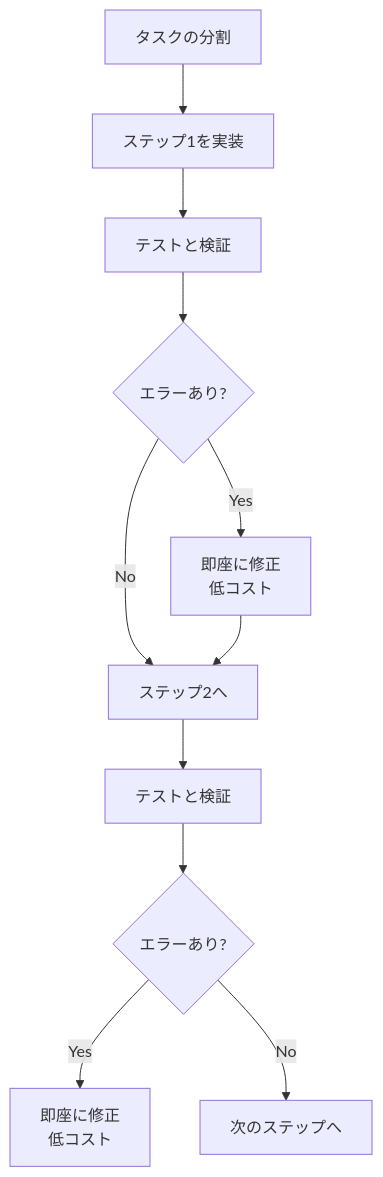
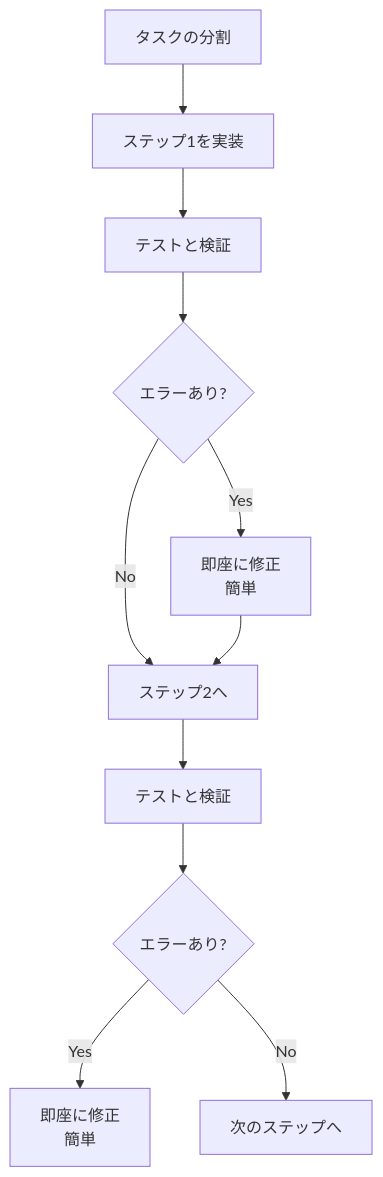
The first of 4 diagrams in book/pages/タスク分割の技術.md (cyber-freaks-jp/AI_Driven_Development_Course), drawn with Mermaid before and after one commit. The commit also changed other lines of this file, not shown here.

````diff
--- a/book/pages/タスク分割の技術.md
+++ b/book/pages/タスク分割の技術.md
@@ -102,13 +81,13 @@
 ```mermaid
 graph TD
     A[タスクの分割] --> B[ステップ1を実装]
     B --> C[テストと検証]
     C --> D{エラーあり?}
-    D -->|Yes| E[即座に修正<br/>低コスト]
+    D -->|Yes| E[即座に修正<br/>簡単]
     D -->|No| F[ステップ2へ]
     E --> F
     F --> G[テストと検証]
     G --> H{エラーあり?}
-    H -->|Yes| I[即座に修正<br/>低コスト]
+    H -->|Yes| I[即座に修正<br/>簡単]
     H -->|No| J[次のステップへ]
 ```
````
